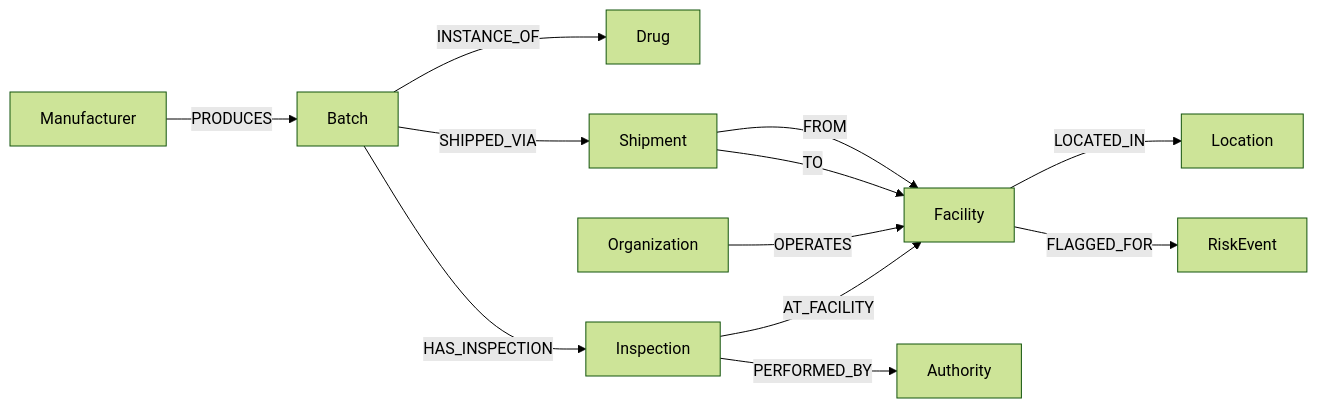
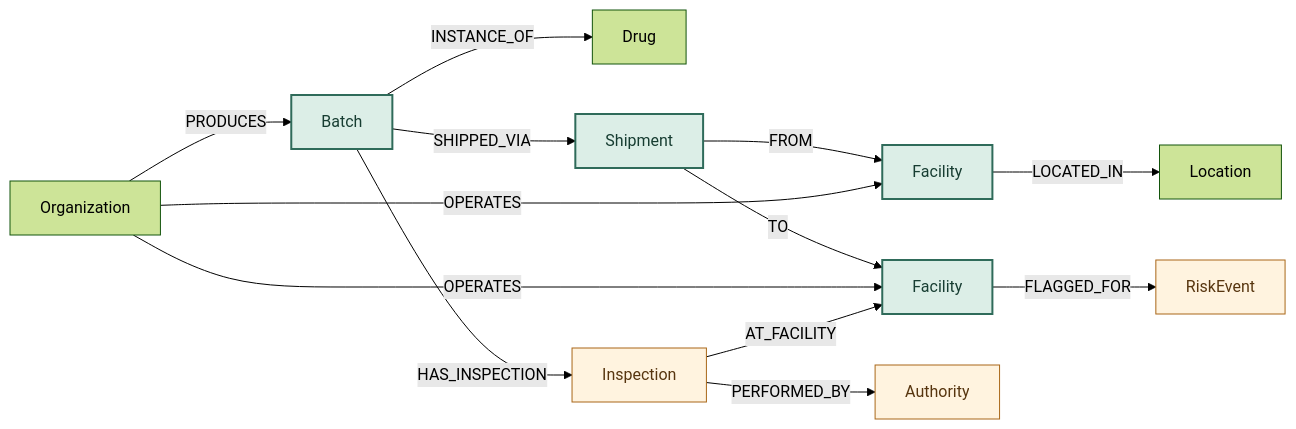
One commit to dm212/PharmRoute.Ai changed the second of 2 diagrams in README.md. Above: the diagram before and after it, drawn with Mermaid (forest theme). The commit also changed other lines of this file, not shown here.

Commit message:
Refine graph model and engineering decisions

````diff
--- a/README.md
+++ b/README.md
@@ -44,14 +44,22 @@
 ```mermaid
-graph LR
-    Manufacturer -->|PRODUCES| Batch
-    Batch -->|INSTANCE_OF| Drug
-    Batch -->|SHIPPED_VIA| Shipment
-    Shipment -->|FROM| Facility
-    Shipment -->|TO| Facility
-    Organization -->|OPERATES| Facility
-    Facility -->|LOCATED_IN| Location
-    Batch -->|HAS_INSPECTION| Inspection
-    Inspection -->|PERFORMED_BY| Authority
-    Inspection -->|AT_FACILITY| Facility
-    Facility -->|FLAGGED_FOR| RiskEvent
+flowchart LR
+    Organization["Organization"] -->|PRODUCES| Batch["Batch"]
+    Batch -->|INSTANCE_OF| Drug["Drug"]
+    Batch -->|SHIPPED_VIA| Shipment["Shipment"]
+    Shipment -->|FROM| Origin["Facility"]
+    Shipment -->|TO| Destination["Facility"]
+
+    Organization -->|OPERATES| Origin
+    Organization -->|OPERATES| Destination
+    Origin -->|LOCATED_IN| Location["Location"]
+    Destination -->|FLAGGED_FOR| RiskEvent["RiskEvent"]
+
+    Batch -->|HAS_INSPECTION| Inspection["Inspection"]
+    Inspection -->|PERFORMED_BY| Authority["Authority"]
+    Inspection -->|AT_FACILITY| Destination
+
+    classDef core fill:#dceee7,stroke:#2f6b5a,stroke-width:2px,color:#173d32
+    classDef evidence fill:#fff3df,stroke:#a96718,color:#57350f
+    class Batch,Shipment,Origin,Destination core
+    class Inspection,RiskEvent,Authority evidence
 ```
````
